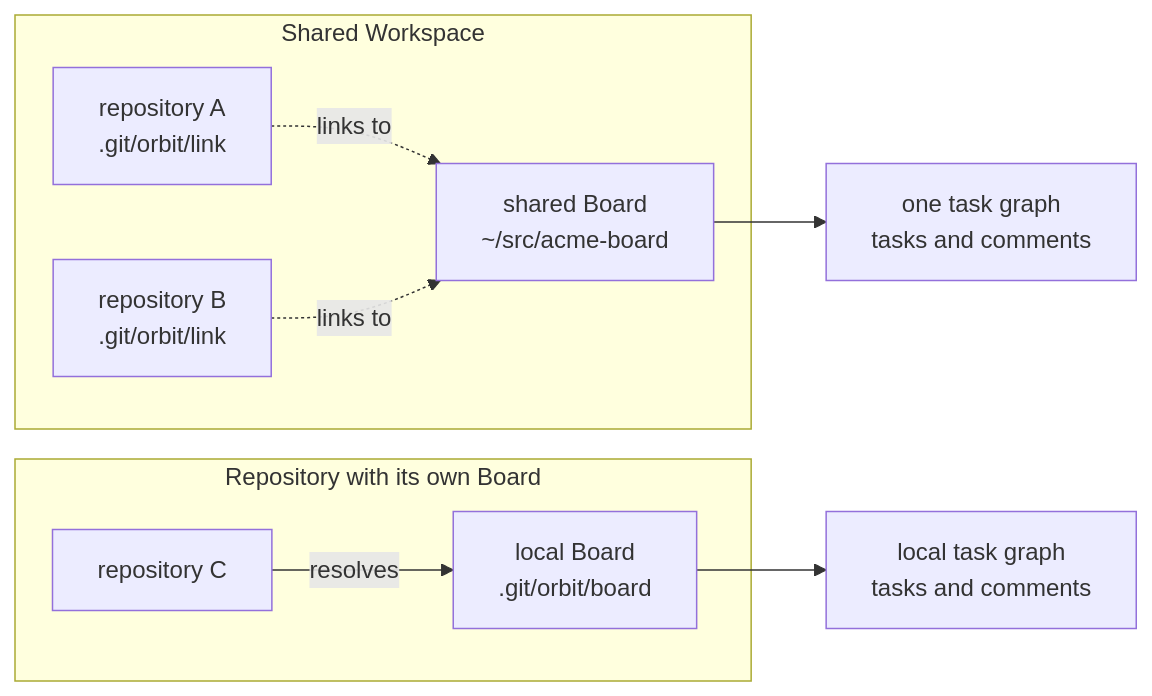
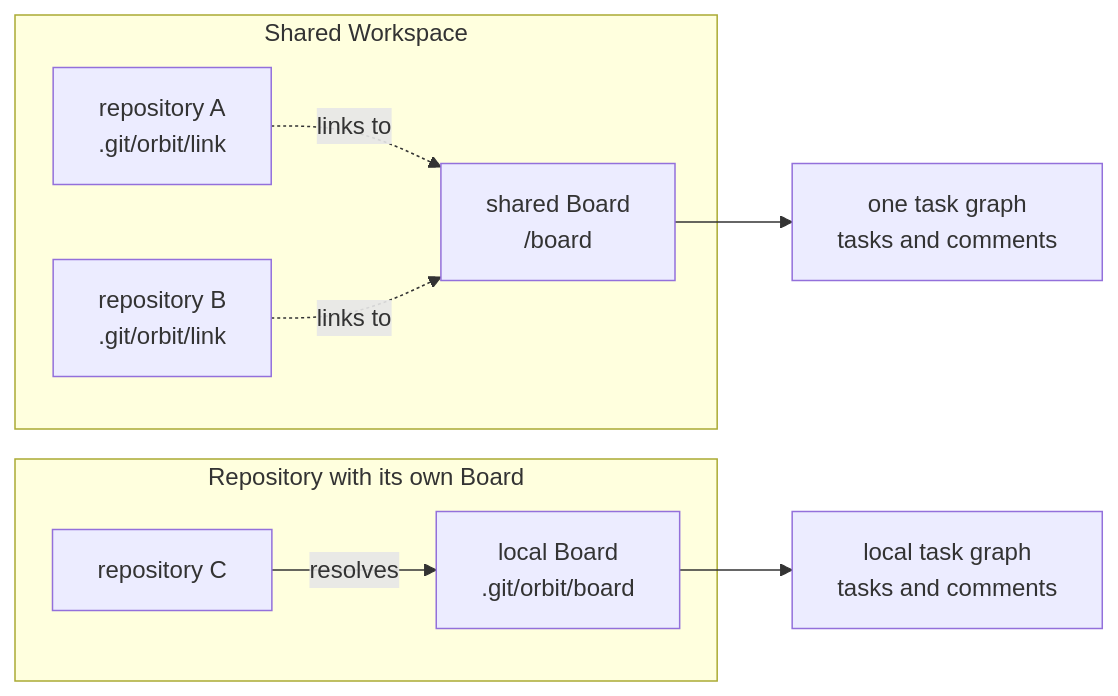
One commit to rcmendes/orbit changed the seventh of 12 diagrams in docs/ARCHITECTURE.md. Above: the diagram before and after it, drawn with Mermaid. The commit also changed other lines of this file and 25 other files, not shown here.

````diff
--- a/docs/ARCHITECTURE.md
+++ b/docs/ARCHITECTURE.md
@@ -417,19 +427,19 @@
 ```mermaid
 flowchart LR
     subgraph Shared["Shared Workspace"]
-        BOARD["shared Board<br/>~/src/acme-board"]
+        BOARD["shared Board<br/><workspace>/board"]
         R1["repository A<br/>.git/orbit/link"]
         R2["repository B<br/>.git/orbit/link"]
     end
 
     subgraph Own["Repository with its own Board"]
         R3["repository C"]
         LOCAL["local Board<br/>.git/orbit/board"]
     end
 
     R1 -.->|links to| BOARD
     R2 -.->|links to| BOARD
     R3 -->|resolves| LOCAL
     BOARD --> SHAREDGRAPH["one task graph<br/>tasks and comments"]
     LOCAL --> LOCALGRAPH["local task graph<br/>tasks and comments"]
 ```
````
